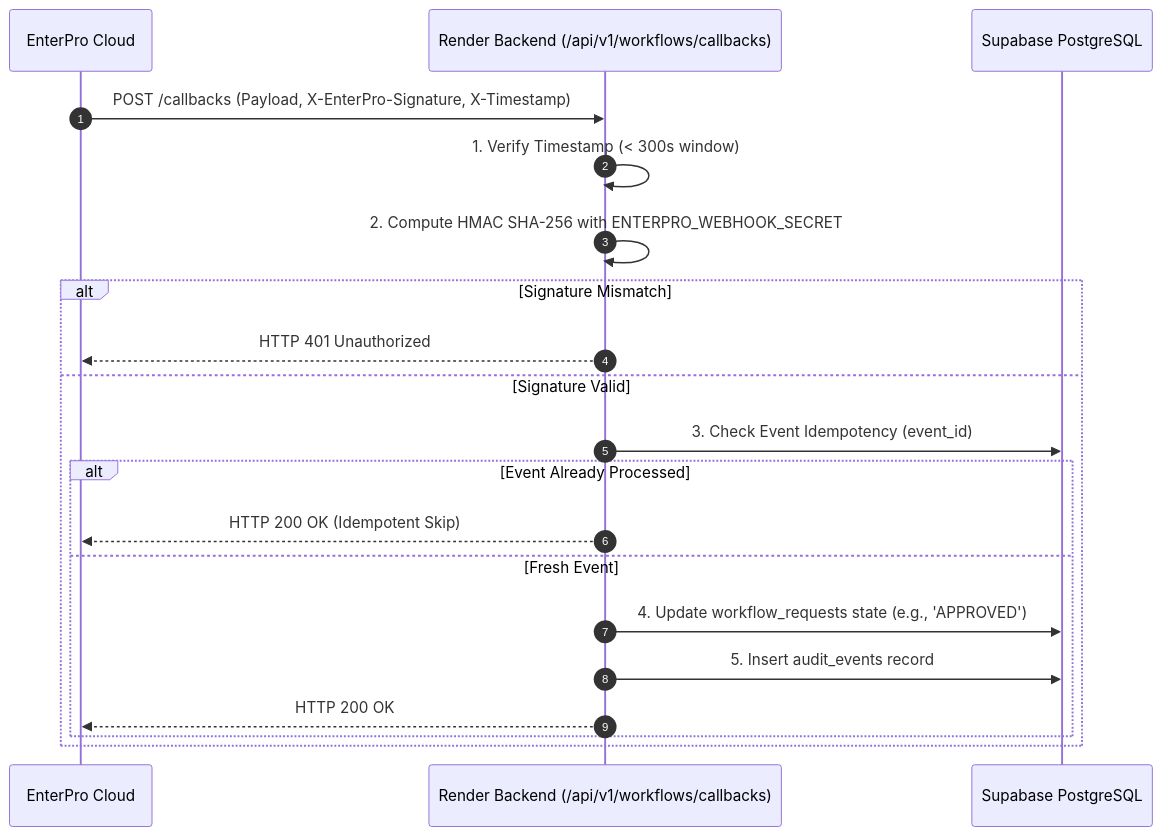
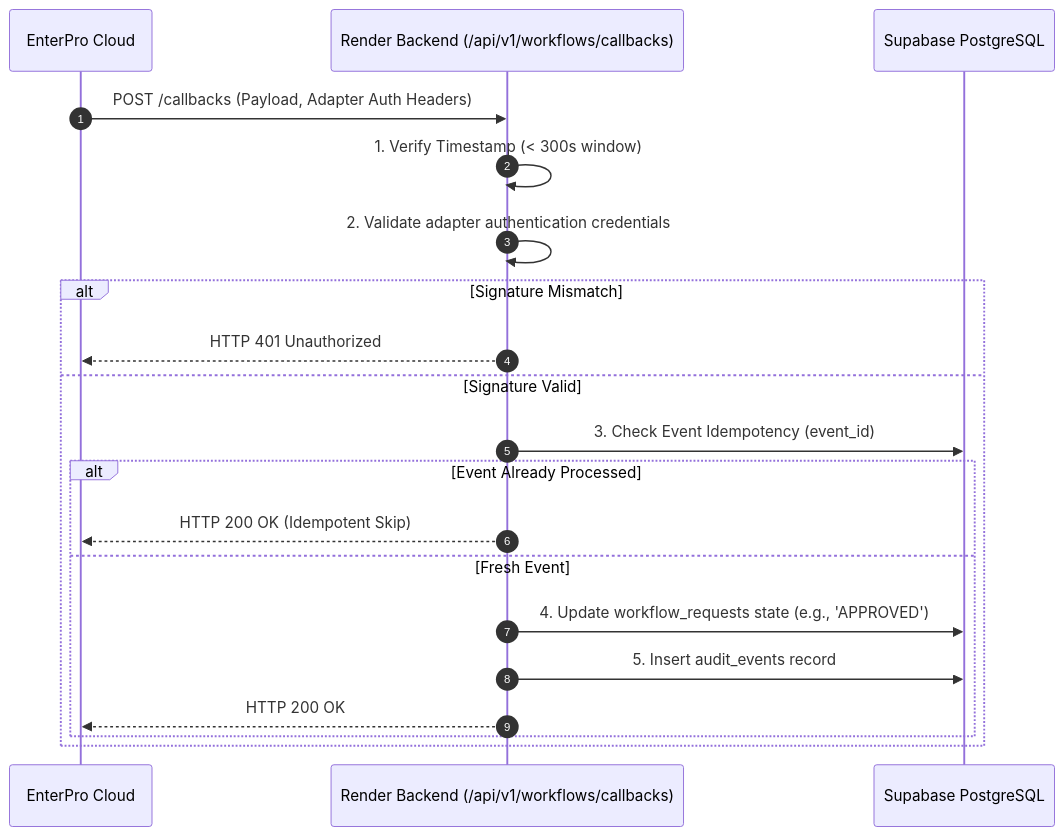
Before and after one commit to sharancode3/WorkSense: the seventh of 8 diagrams in docs/08-Deployment-Architecture.md, drawn with Mermaid. The commit also changed other lines of this file and 10 other files, not shown here.

````diff
--- a/docs/08-Deployment-Architecture.md
+++ b/docs/08-Deployment-Architecture.md
@@ -687,23 +687,23 @@
 ```mermaid
 sequenceDiagram
     autonumber
     participant EP as EnterPro Cloud
     participant API as Render Backend (/api/v1/workflows/callbacks)
     participant DB as Supabase PostgreSQL
 
-    EP->>API: POST /callbacks (Payload, X-EnterPro-Signature, X-Timestamp)
+    EP->>API: POST /callbacks (Payload, Adapter Auth Headers)
     API->>API: 1. Verify Timestamp (< 300s window)
-    API->>API: 2. Compute HMAC SHA-256 with ENTERPRO_WEBHOOK_SECRET
+    API->>API: 2. Validate adapter authentication credentials
     alt Signature Mismatch
         API-->>EP: HTTP 401 Unauthorized
     else Signature Valid
         API->>DB: 3. Check Event Idempotency (event_id)
         alt Event Already Processed
             API-->>EP: HTTP 200 OK (Idempotent Skip)
         else Fresh Event
             API->>DB: 4. Update workflow_requests state (e.g., 'APPROVED')
             API->>DB: 5. Insert audit_events record
             API-->>EP: HTTP 200 OK
         end
     end
 ```
````
